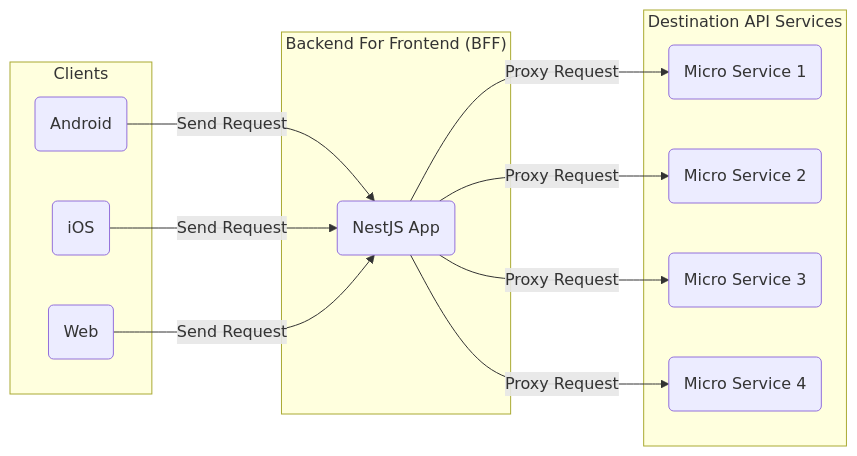
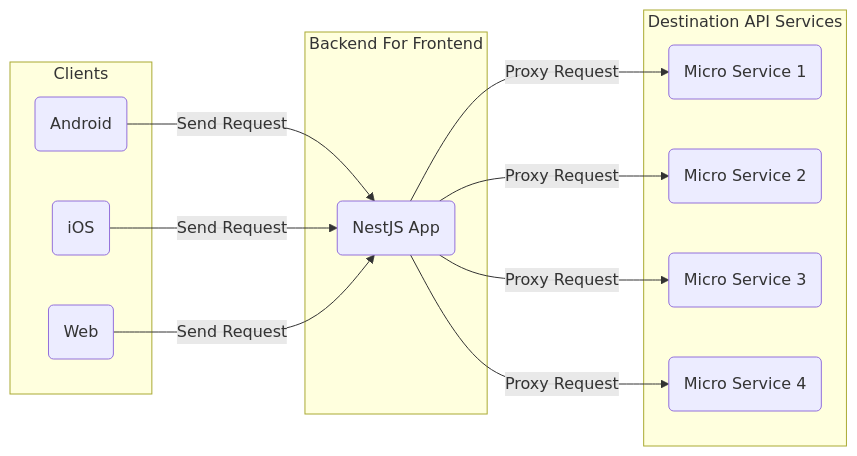
The diagram in README.md (ogi-iii/nestjs-bff), drawn with Mermaid before and after one commit.

Commit message:
[doc] fix details

````diff
--- a/README.md
+++ b/README.md
@@ -4,28 +4,28 @@
 ```mermaid
 graph LR;
     subgraph Clients
     Android(Android)
     iOS(iOS)
     Web(Web)
     end
 
-    subgraph "Backend For Frontend (BFF)"
+    subgraph "Backend For Frontend"
     NestJSApp(NestJS App)
     end
 
     subgraph "Destination API Services"
     MicroService1(Micro Service 1)
     MicroService2(Micro Service 2)
     MicroService3(Micro Service 3)
     MicroService4(Micro Service 4)
     end
 
     Android--Send Request-->NestJSApp
     iOS--Send Request-->NestJSApp
     Web--Send Request-->NestJSApp
 
     NestJSApp--Proxy Request-->MicroService1
     NestJSApp--Proxy Request-->MicroService2
     NestJSApp--Proxy Request-->MicroService3
     NestJSApp--Proxy Request-->MicroService4
 ```
````
